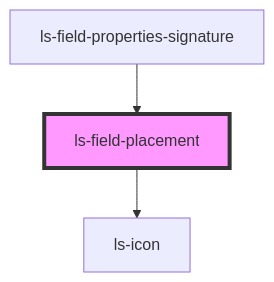
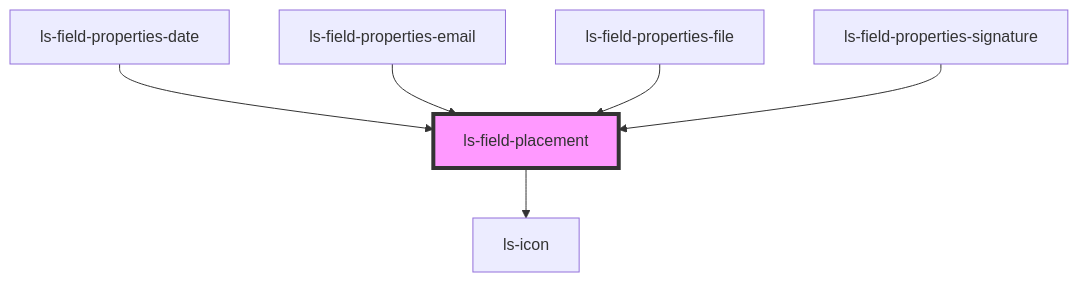
One commit to legalesign/ls-document-viewer changed the diagram in src/components/ls-field-placement/readme.md. Above: the diagram before and after it, drawn with Mermaid. The commit also changed other lines of this file and 10 other files, not shown here.

````diff
--- a/src/components/ls-field-placement/readme.md
+++ b/src/components/ls-field-placement/readme.md
@@ -34,6 +37,9 @@
 ```mermaid
 graph TD;
   ls-field-placement --> ls-icon
+  ls-field-properties-date --> ls-field-placement
+  ls-field-properties-email --> ls-field-placement
+  ls-field-properties-file --> ls-field-placement
   ls-field-properties-signature --> ls-field-placement
   style ls-field-placement fill:#f9f,stroke:#333,stroke-width:4px
 ```
````
